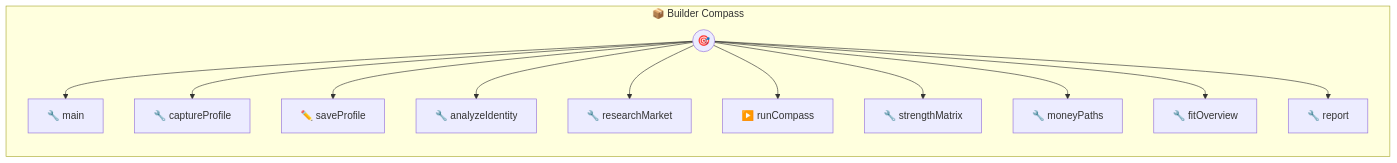
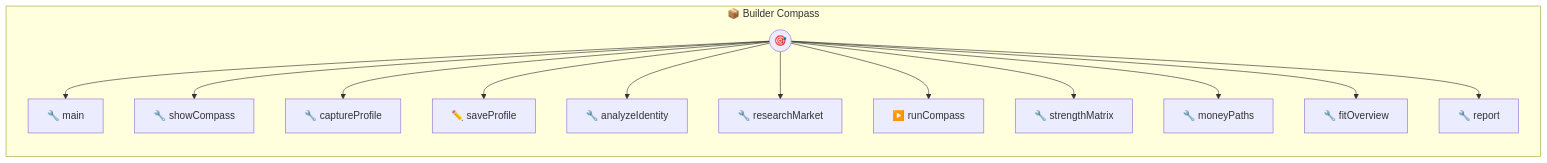
One commit to Arul-/builders-compass changed the diagram in builder-compass.md. Above: the diagram before and after it, drawn with Mermaid. The commit also changed other lines of this file and 4 other files, not shown here.

````diff
--- a/builder-compass.md
+++ b/builder-compass.md
@@ -153,27 +165,29 @@
 ```mermaid
 flowchart LR
     subgraph builder_compass["📦 Builder Compass"]
         direction TB
         PHOTON((🎯))
         T0[🔧 main]
         PHOTON --> T0
-        T1[🔧 captureProfile]
+        T1[🔧 showCompass]
         PHOTON --> T1
-        T2[✏️ saveProfile]
+        T2[🔧 captureProfile]
         PHOTON --> T2
-        T3[🔧 analyzeIdentity]
+        T3[✏️ saveProfile]
         PHOTON --> T3
-        T4[🔧 researchMarket]
+        T4[🔧 analyzeIdentity]
         PHOTON --> T4
-        T5[▶️ runCompass]
+        T5[🔧 researchMarket]
         PHOTON --> T5
-        T6[🔧 strengthMatrix]
+        T6[▶️ runCompass]
         PHOTON --> T6
-        T7[🔧 moneyPaths]
+        T7[🔧 strengthMatrix]
         PHOTON --> T7
-        T8[🔧 fitOverview]
+        T8[🔧 moneyPaths]
         PHOTON --> T8
-        T9[🔧 report]
+        T9[🔧 fitOverview]
         PHOTON --> T9
+        T10[🔧 report]
+        PHOTON --> T10
     end
 ```
````
